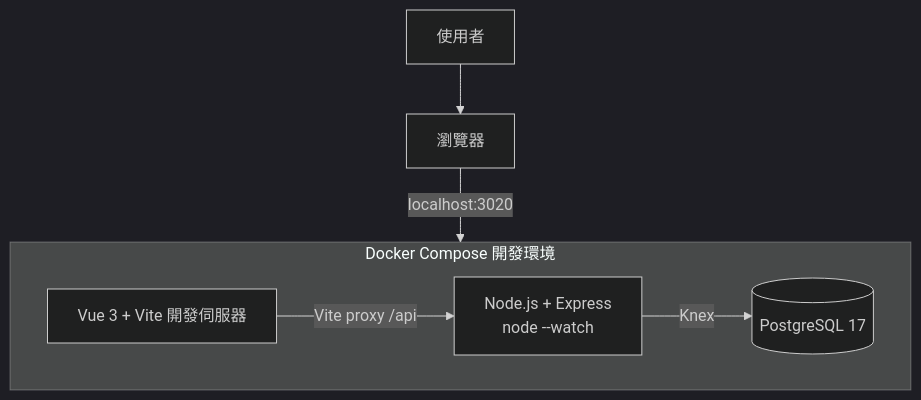
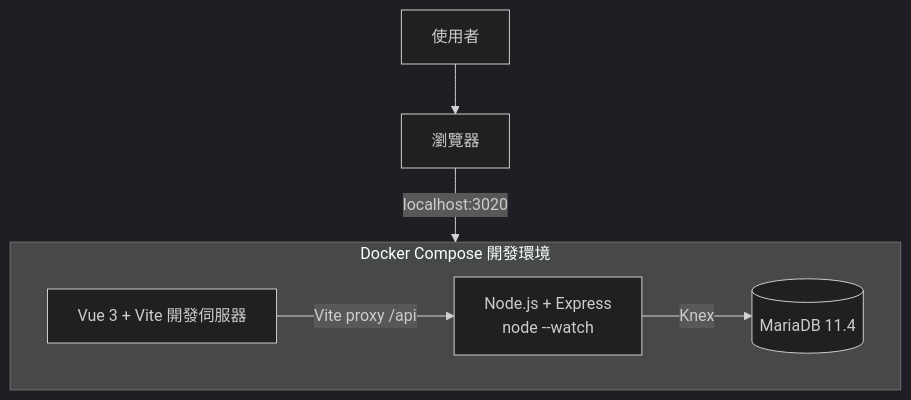
One commit to annie-clickforce/trello-fullstack changed the first of 4 diagrams in docs/architecture.md. Above: the diagram before and after it, drawn with Mermaid (dark theme). The commit also changed other lines of this file and 2 other files, not shown here.

First line of the commit message:
docs:資料庫改用 MariaDB 以保留搬到 Hostinger Cloud Startup 的彈性

````diff
--- a/docs/architecture.md
+++ b/docs/architecture.md
@@ -13,15 +13,15 @@
 ```mermaid
 flowchart TD
     User[使用者] --> Browser[瀏覽器]
     Browser -->|localhost:3020| Frontend
 
     subgraph Docker Compose 開發環境
         direction LR
         Frontend[Vue 3 + Vite 開發伺服器]
         API[Node.js + Express<br/>node --watch]
-        DB[(PostgreSQL 17)]
+        DB[(MariaDB 11.4)]
 
         Frontend -->|Vite proxy /api| API
         API -->|Knex| DB
     end
 ```
````
